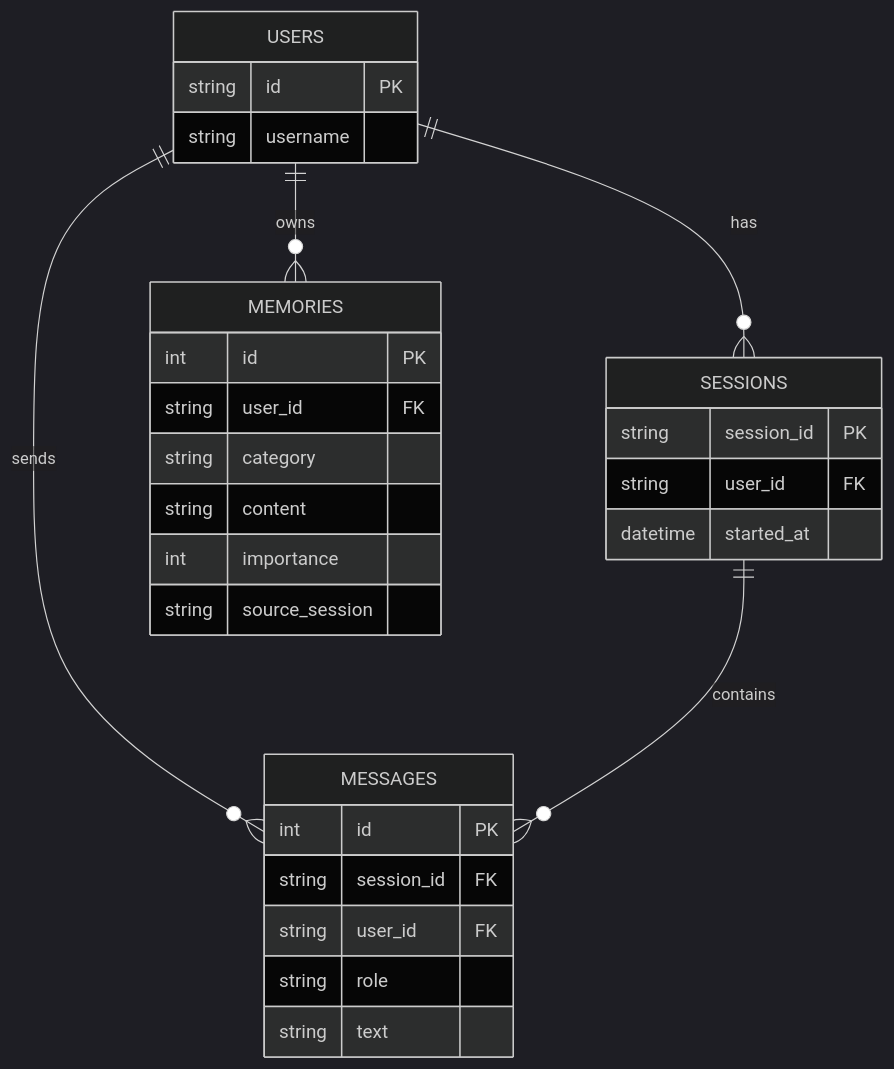
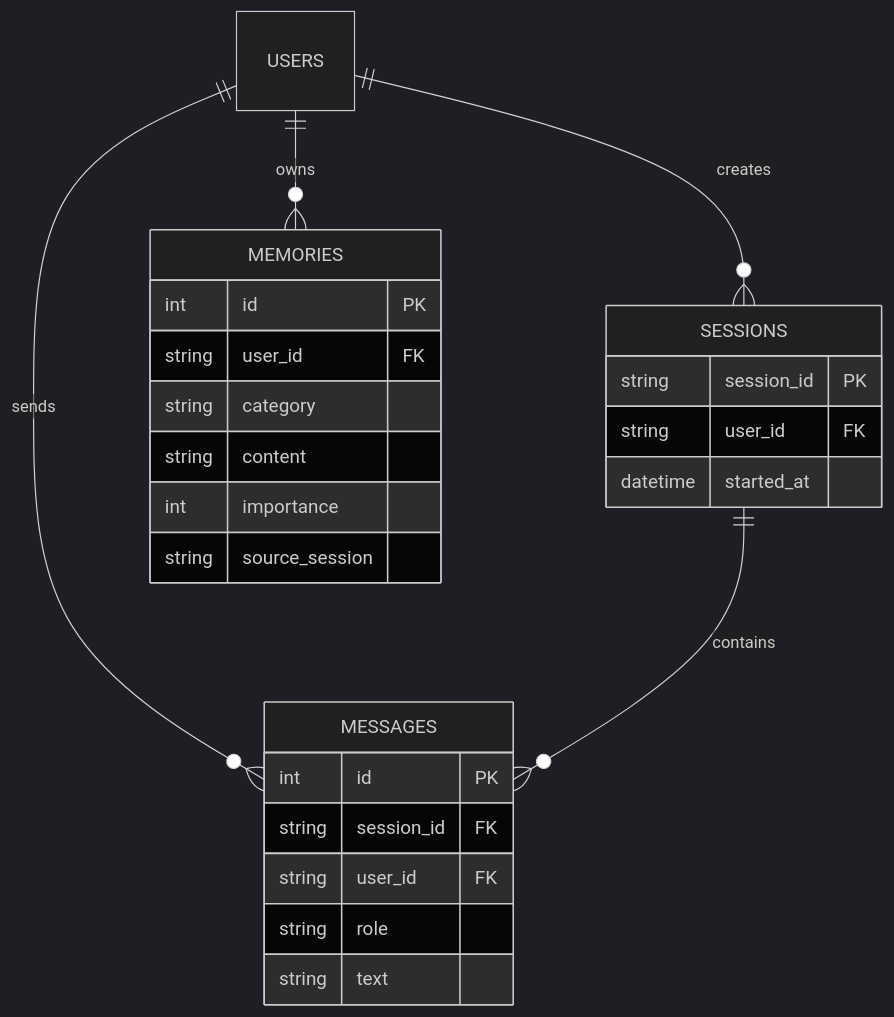
The third of 3 diagrams in README.md (mogesh-developer/RaavOne-Memory), drawn with Mermaid (dark theme) before and after one commit. The commit also changed other lines of this file and 1 other file, not shown here.

````diff
--- a/README.md
+++ b/README.md
@@ -94,32 +119,28 @@
 ```mermaid
 erDiagram
-    USERS ||--o{ SESSIONS : has
-    USERS ||--o{ MESSAGES : sends
-    USERS ||--o{ MEMORIES : owns
-    SESSIONS ||--o{ MESSAGES : contains
+    USERS ||--o{ SESSIONS : "creates"
+    USERS ||--o{ MESSAGES : "sends"
+    USERS ||--o{ MEMORIES : "owns"
+    SESSIONS ||--o{ MESSAGES : "contains"
 
-    USERS {
-        string id PK
-        string username
-    }
     SESSIONS {
         string session_id PK
         string user_id FK
         datetime started_at
     }
     MESSAGES {
         int id PK
         string session_id FK
         string user_id FK
         string role
         string text
     }
     MEMORIES {
         int id PK
         string user_id FK
         string category
         string content
         int importance
         string source_session
     }
 ```
````
